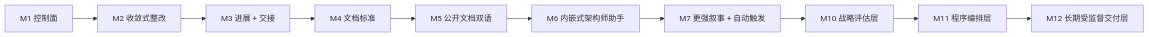
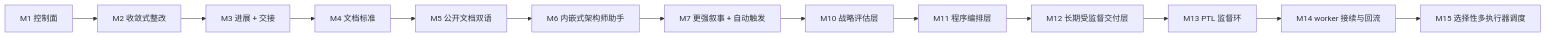
One commit to redcreen/project-assistant changed the diagram in docs/roadmap.zh-CN.md. Above: the diagram before and after it, drawn with Mermaid. The commit also changed other lines of this file and 9 other files, not shown here.

````diff
--- a/docs/roadmap.zh-CN.md
+++ b/docs/roadmap.zh-CN.md
@@ -46,12 +49,15 @@
 ```mermaid
 flowchart LR
     M1["M1 控制面"] --> M2["M2 收敛式整改"]
     M2 --> M3["M3 进展 + 交接"]
     M3 --> M4["M4 文档标准"]
     M4 --> M5["M5 公开文档双语"]
     M5 --> M6["M6 内嵌式架构师助手"]
     M6 --> M7["M7 更强叙事 + 自动触发"]
     M7 --> M10["M10 战略评估层"]
     M10 --> M11["M11 程序编排层"]
     M11 --> M12["M12 长期受监督交付层"]
+    M12 --> M13["M13 PTL 监督环"]
+    M13 --> M14["M14 worker 接续与回流"]
+    M14 --> M15["M15 选择性多执行器调度"]
 ```
````
